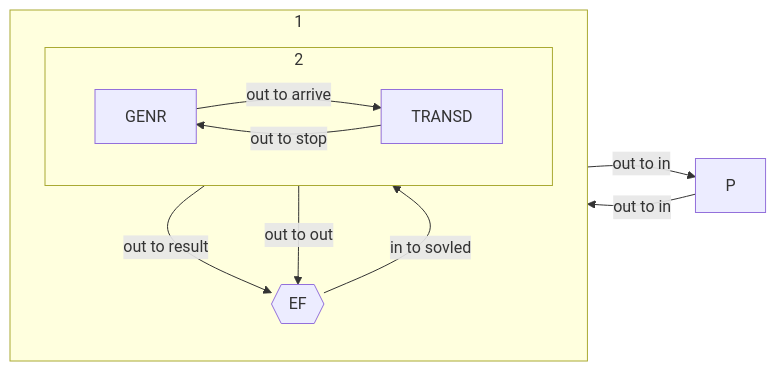
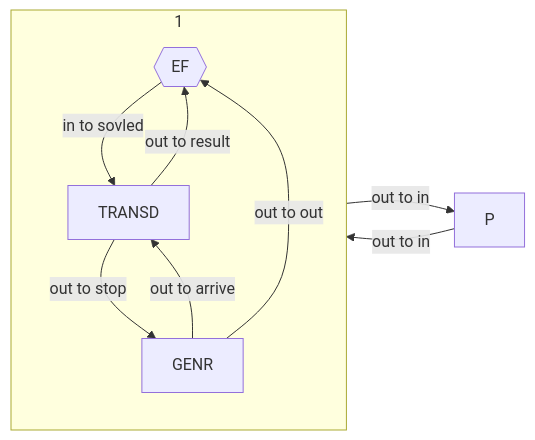
The diagram in projects/simparc/EF_P_modeling.md (sumannam/DEVS-Python), drawn with Mermaid before and after one commit. The commit also changed 3 other files, not shown here.

Commit message:
mermaid 활용 모델링 개발

````diff
--- a/projects/simparc/EF_P_modeling.md
+++ b/projects/simparc/EF_P_modeling.md
@@ -1,25 +1,22 @@
 ```mermaid
 flowchart LR
     P
 
     subgraph 1
         direction TB
         EF{{EF}}
-
-        subgraph 2
-            direction LR
-            GENR
-            TRANSD
-        end
+            
+        GENR
+        TRANSD
 
         EF -- in to sovled --> TRANSD
         TRANSD --  out to result --> EF
         GENR -- out to out --> EF
         TRANSD -- out to stop --> GENR
         GENR -- out to arrive --> TRANSD
     end
 
     EF -- out to in --> P
     P -- out to in --> EF
     
 ```
````
